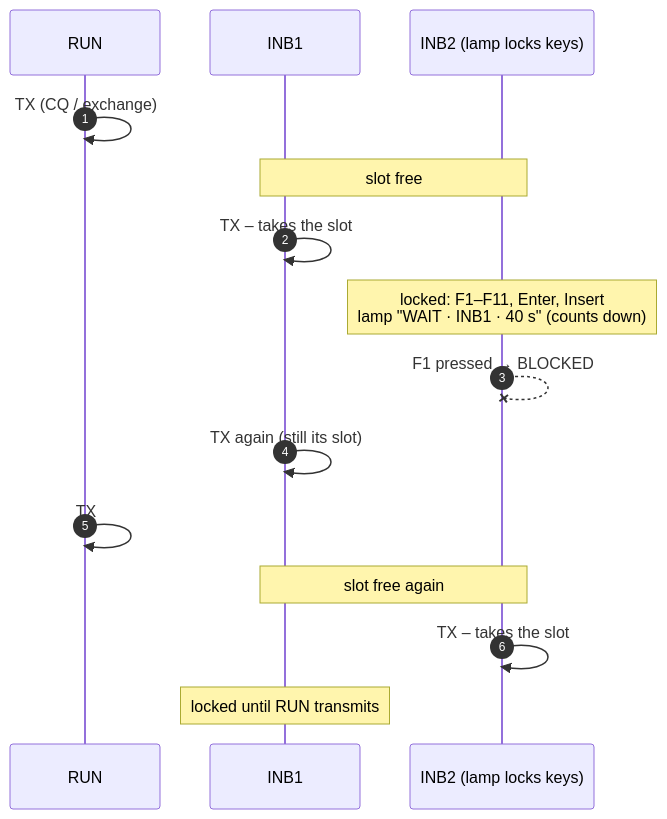
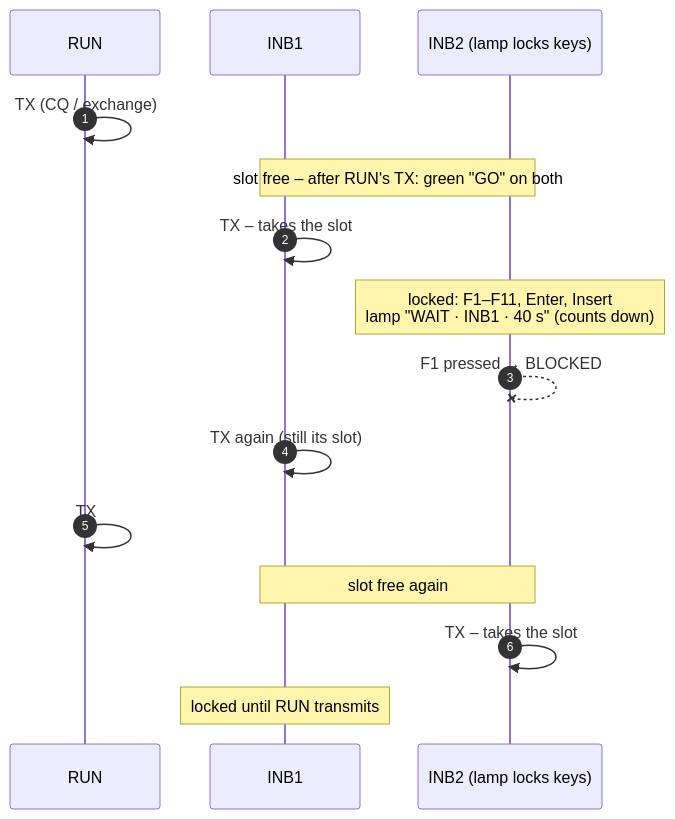
One commit to s55oo/N1MMPingPong changed the fourth of 7 diagrams in docs/COMMUNICATION.md. Above: the diagram before and after it, drawn with Mermaid. The commit also changed other lines of this file and 2 other files, not shown here.

First line of the commit message:
Docs: v1.69 - GO signal, no-RUN warning, lamp problems, Activity tab

````diff
--- a/docs/COMMUNICATION.md
+++ b/docs/COMMUNICATION.md
@@ -257,18 +261,18 @@
 ```mermaid
 sequenceDiagram
     autonumber
     participant R as RUN
     participant I1 as INB1
     participant I2 as INB2 (lamp locks keys)
 
     R->>R: TX (CQ / exchange)
-    Note over I1,I2: slot free
+    Note over I1,I2: slot free – after RUN's TX: green "GO" on both
     I1->>I1: TX – takes the slot
     Note over I2: locked: F1–F11, Enter, Insert<br/>lamp "WAIT · INB1 · 40 s" (counts down)
     I2--xI2: F1 pressed → BLOCKED
     I1->>I1: TX again (still its slot)
     R->>R: TX
     Note over I1,I2: slot free again
     I2->>I2: TX – takes the slot
     Note over I1: locked until RUN transmits
 ```
````
